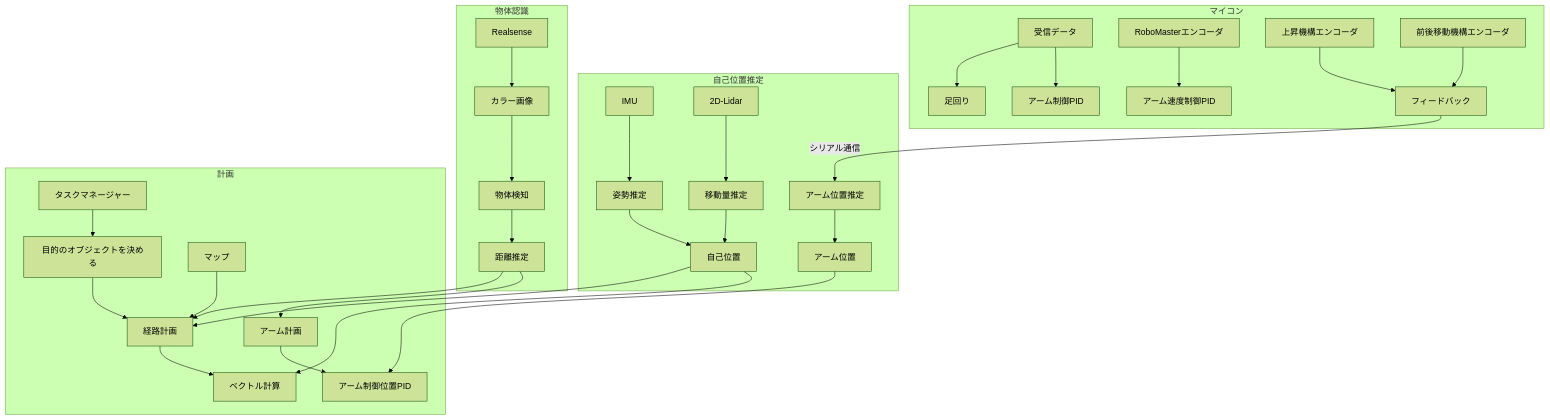
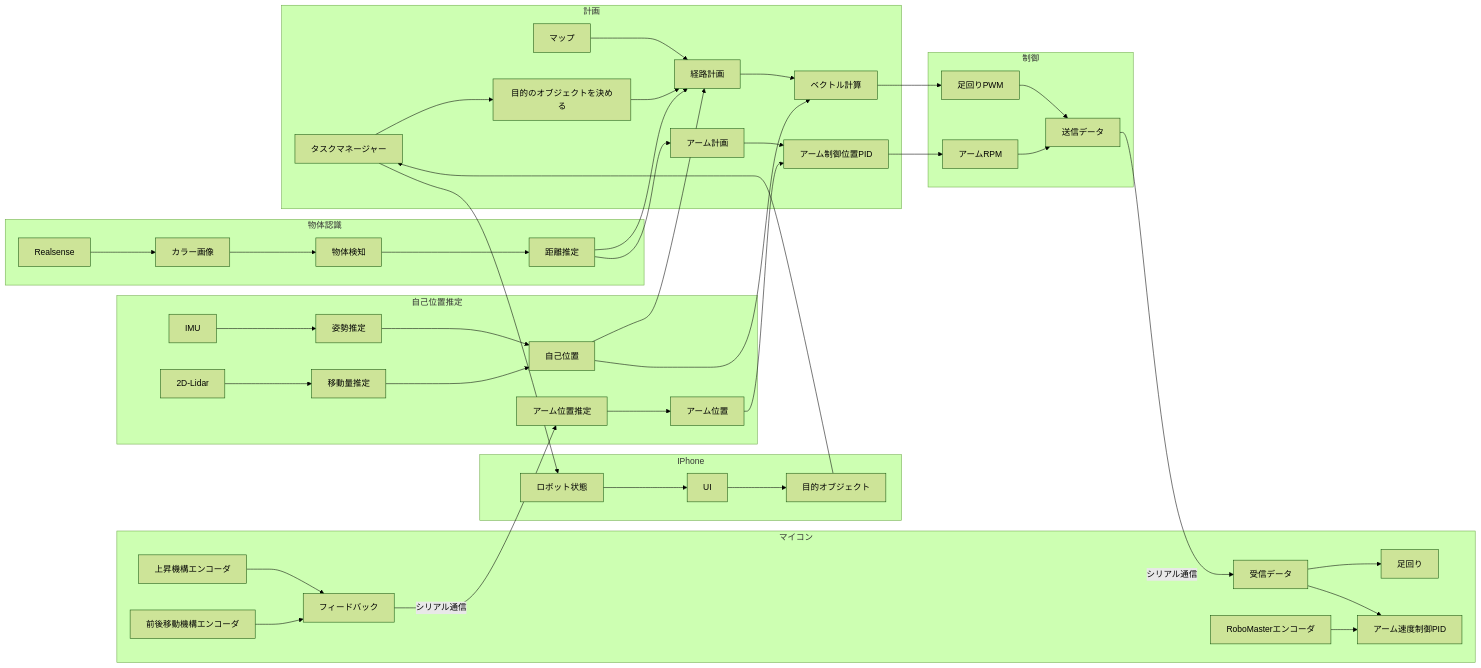
The diagram in README.md (motii8128/AccurateSoftware), drawn with Mermaid (forest theme) before and after one commit.

Commit message:
Add architecture graph

````diff
--- a/README.md
+++ b/README.md
@@ -3,38 +3,53 @@
 ```mermaid
-flowchart TD;
+graph LR;
 subgraph 自己位置推定
 IMU --> 姿勢推定;
 2D-Lidar --> 移動量推定;
 姿勢推定 --> 自己位置;
 移動量推定 --> 自己位置;
 アーム位置推定　--> アーム位置
 end
 
 subgraph 物体認識
 Realsense --> カラー画像;
 カラー画像 --> 物体検知;
 物体検知 --> 距離推定;
 end
 
 subgraph 計画
 タスクマネージャー --> 目的のオブジェクトを決める;
 マップ --> 経路計画
 目的のオブジェクトを決める --> 経路計画;
 自己位置 --> 経路計画;
 距離推定 --> 経路計画;
 距離推定 --> アーム計画;
 経路計画 --> ベクトル計算;
 アーム計画 --> アーム制御位置PID;
 アーム位置 --> アーム制御位置PID;
 自己位置 --> ベクトル計算;
 end
 
+subgraph IPhone
+UI --> 目的オブジェクト
+目的オブジェクト --> タスクマネージャー
+タスクマネージャー -->　ロボット状態
+ロボット状態 --> UI
+end
+
 subgraph マイコン
 受信データ --> 足回り;
-受信データ --> アーム制御PID;
+受信データ --> アーム速度制御PID;
 RoboMasterエンコーダ --> アーム速度制御PID;
 上昇機構エンコーダ --> フィードバック
 前後移動機構エンコーダ -->　フィードバック
 フィードバック -->|シリアル通信|アーム位置推定;
 end
+
+subgraph　制御
+ベクトル計算 --> 足回りPWM;
+アーム制御位置PID　--> アームRPM;
+足回りPWM --> 送信データ;
+アームRPM --> 送信データ;
+送信データ -->|シリアル通信|受信データ;
+end
 ```
````
